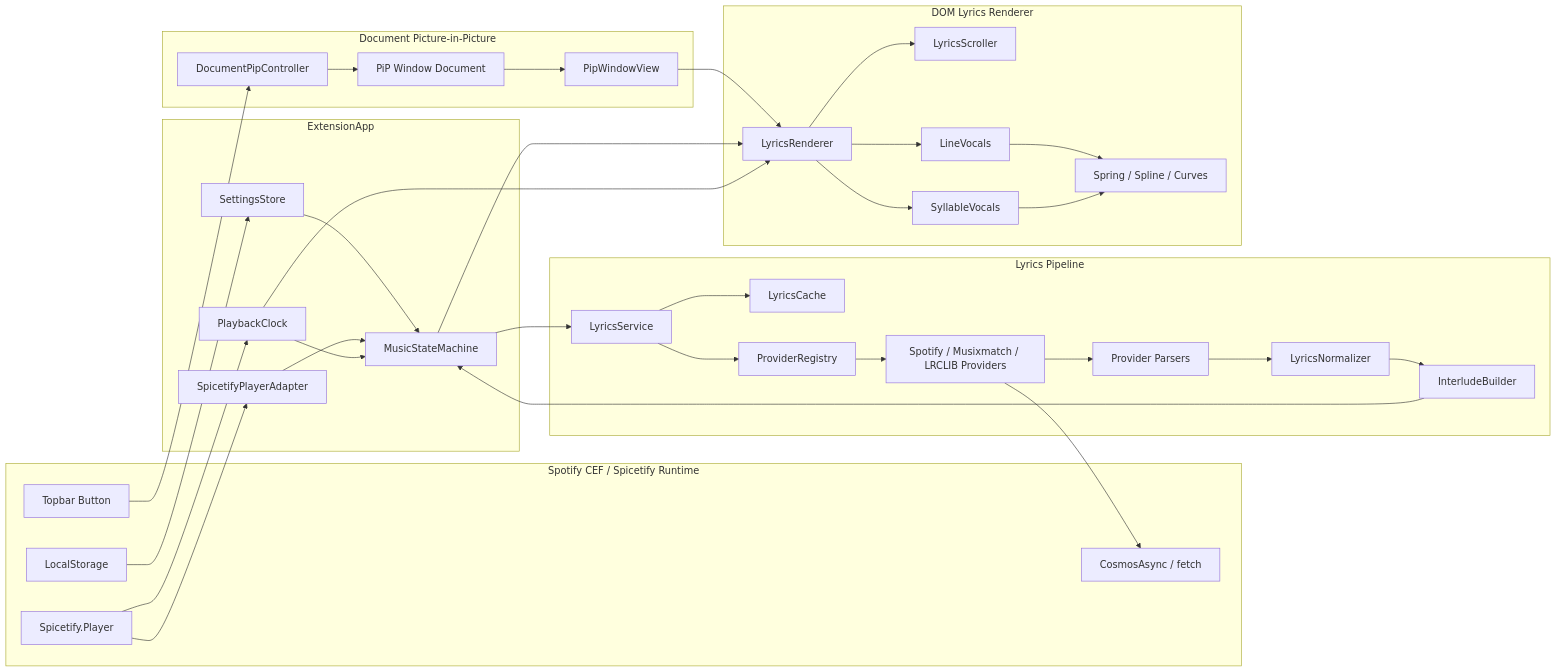
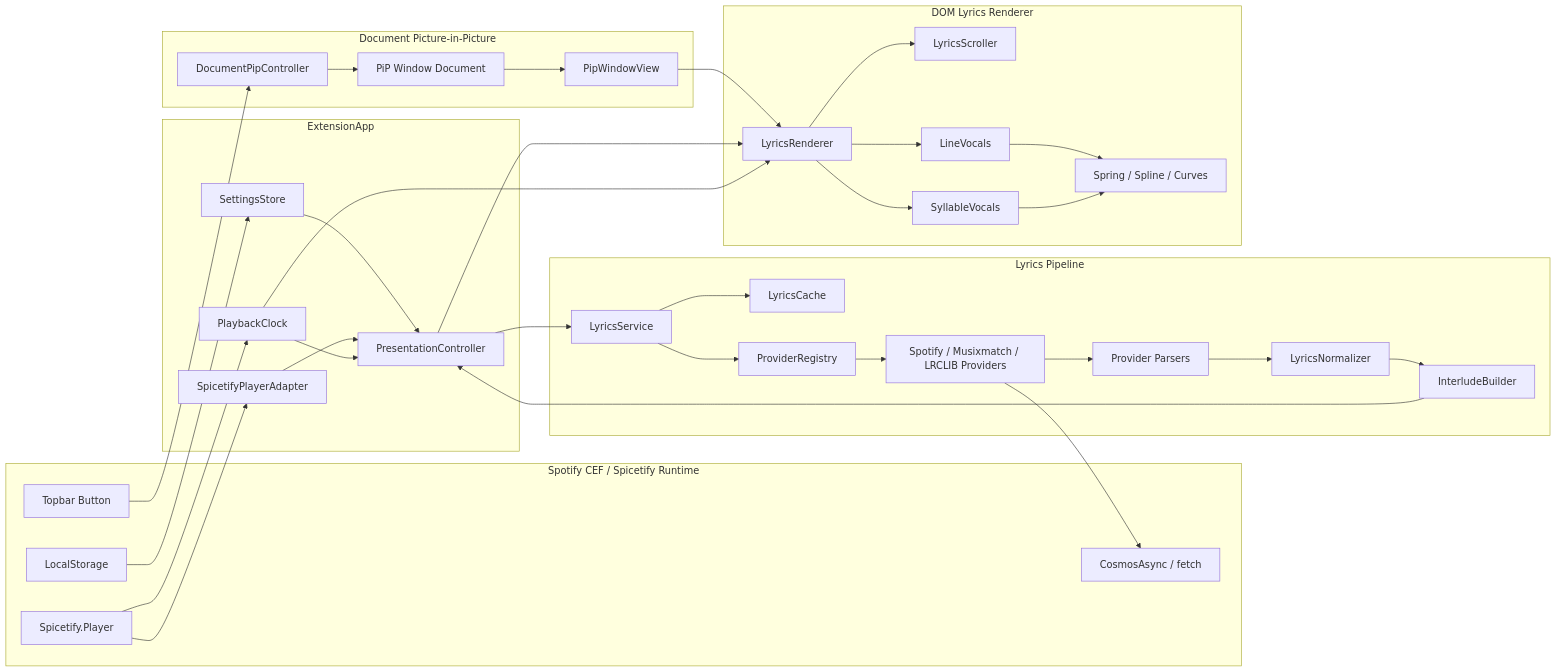
Before and after one commit to SayBGM/AuraLyrics: the first of 2 diagrams in docs/aura-lyrics-extension-design.md, drawn with Mermaid. The commit also changed other lines of this file, not shown here.

Commit message:
docs: describe the extracted app controllers instead of the removed state machine

````diff
--- a/docs/aura-lyrics-extension-design.md
+++ b/docs/aura-lyrics-extension-design.md
@@ -103,70 +107,70 @@
 ```mermaid
 flowchart LR
   subgraph Spotify["Spotify CEF / Spicetify Runtime"]
     Player["Spicetify.Player"]
     Cosmos["CosmosAsync / fetch"]
     Storage["LocalStorage"]
     Topbar["Topbar Button"]
   end
 
   subgraph App["ExtensionApp"]
-    State["MusicStateMachine"]
+    Presentation["PresentationController"]
     Clock["PlaybackClock"]
     Settings["SettingsStore"]
     Track["SpicetifyPlayerAdapter"]
   end
 
   subgraph Lyrics["Lyrics Pipeline"]
     Service["LyricsService"]
     Cache["LyricsCache"]
     Registry["ProviderRegistry"]
     Providers["Spotify / Musixmatch / LRCLIB Providers"]
     Parsers["Provider Parsers"]
     Normalize["LyricsNormalizer"]
     Interlude["InterludeBuilder"]
   end
 
   subgraph PiP["Document Picture-in-Picture"]
     PipController["DocumentPipController"]
     PipWindow["PiP Window Document"]
     PipView["PipWindowView"]
   end
 
   subgraph Renderer["DOM Lyrics Renderer"]
     LyricsRenderer["LyricsRenderer"]
     Scroller["LyricsScroller"]
     Line["LineVocals"]
     Syllable["SyllableVocals"]
     Spring["Spring / Spline / Curves"]
   end
 
   Topbar --> PipController
   PipController --> PipWindow
   PipWindow --> PipView
   PipView --> LyricsRenderer
 
   Player --> Track
   Player --> Clock
   Storage --> Settings
-  Settings --> State
-  Track --> State
-  Clock --> State
+  Settings --> Presentation
+  Track --> Presentation
+  Clock --> Presentation
 
-  State --> Service
+  Presentation --> Service
   Service --> Cache
   Service --> Registry
   Registry --> Providers
   Providers --> Cosmos
   Providers --> Parsers
   Parsers --> Normalize
   Normalize --> Interlude
-  Interlude --> State
+  Interlude --> Presentation
 
-  State --> LyricsRenderer
+  Presentation --> LyricsRenderer
   Clock --> LyricsRenderer
   LyricsRenderer --> Scroller
   LyricsRenderer --> Line
   LyricsRenderer --> Syllable
   Line --> Spring
   Syllable --> Spring
 ```
````
